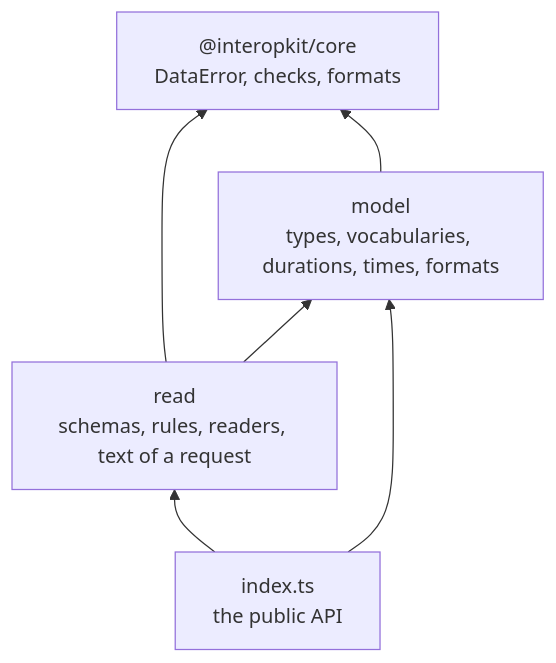
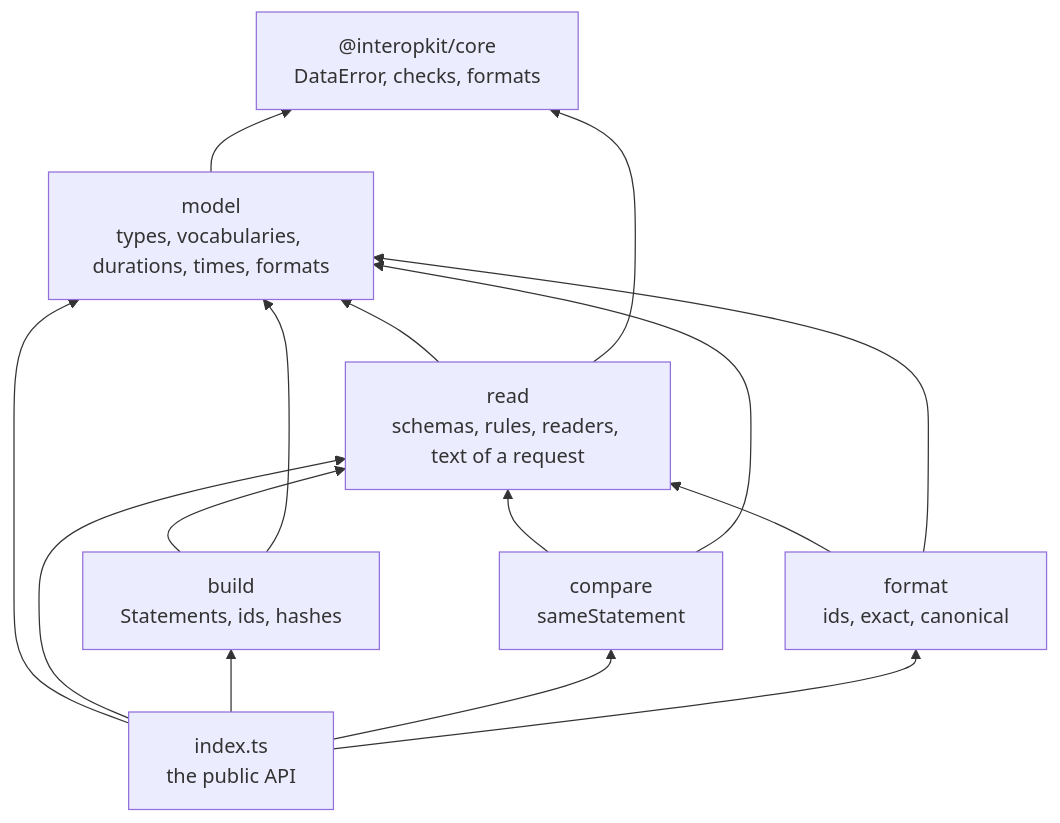
One commit to interopkit/interopkit changed the first of 2 diagrams in docs/learning-records/architecture.md. Above: the diagram before and after it, drawn with Mermaid. The commit also changed other lines of this file and 45 other files, not shown here.

````diff
--- a/docs/learning-records/architecture.md
+++ b/docs/learning-records/architecture.md
@@ -7,12 +8,24 @@
 ```mermaid
 flowchart BT
   core["@interopkit/core<br/>DataError, checks, formats"]
   model["model<br/>types, vocabularies, durations, times, formats"]
   read["read<br/>schemas, rules, readers, text of a request"]
+  build["build<br/>Statements, ids, hashes"]
+  compare["compare<br/>sameStatement"]
+  format["format<br/>ids, exact, canonical"]
   root["index.ts<br/>the public API"]
   read --> model
   read --> core
   model --> core
+  build --> read
+  compare --> read
+  format --> read
+  build --> model
+  compare --> model
+  format --> model
   root --> model
   root --> read
+  root --> build
+  root --> compare
+  root --> format
 ```
````
